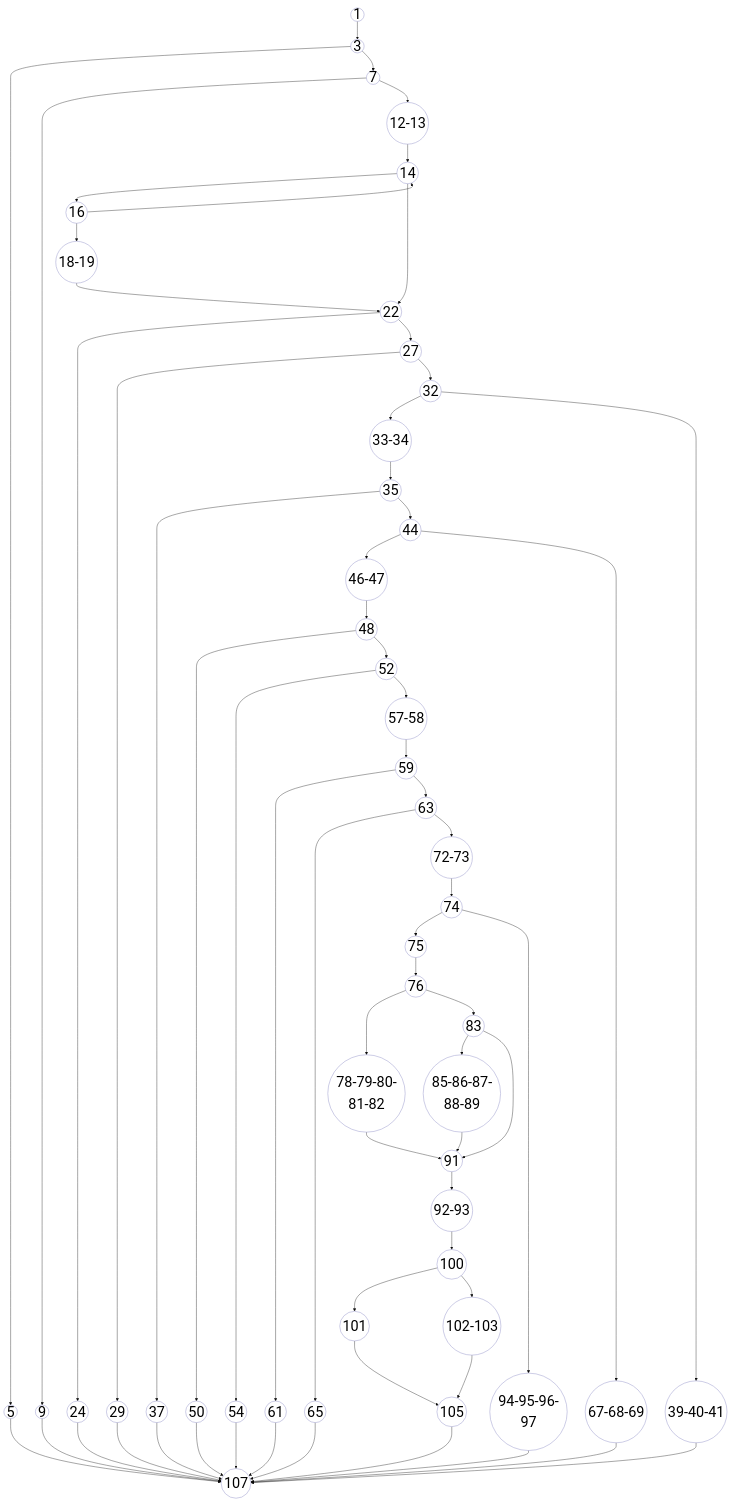
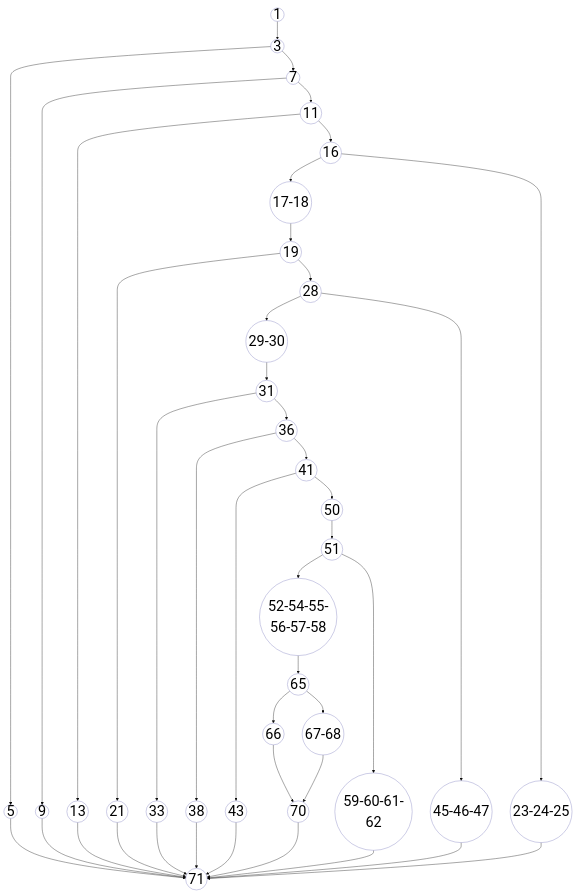
One commit to aryanhrc3428/Semester-5 changed the diagram in SE/ideathon/pseudocode/flowcharts/UC-14.mmd. Above: the diagram before and after it, drawn with Mermaid. The commit also changed 47 other files, not shown here.

```diff
--- a/SE/ideathon/pseudocode/flowcharts/UC-14.mmd
+++ b/SE/ideathon/pseudocode/flowcharts/UC-14.mmd
@@ -1,102 +1,68 @@
 ---
 config:
   theme: base
   themeVariables:
     fontSize: '40px'
 ---
 graph TD
-    %% Base styling matching the reference CFG style
     classDef default fill:none,stroke:#a3a3d1,stroke-width:1.5px,color:#000;
     
     1((1)) --> 3((3))
     
     3 --> 5((5))
     3 --> 7((7))
     
     7 --> 9((9))
-    7 --> 12-13((12-13))
+    7 --> 11((11))
     
-    12-13 --> 14((14))
+    11 --> 13((13))
+    11 --> 16((16))
     
-    14 --> 16((16))
-    14 --> 22((22))
+    16 --> 17-18((17-18))
+    16 --> 23-24-25((23-24-25))
     
-    16 --> 18-19((18-19))
-    16 --> 14
+    17-18 --> 19((19))
     
-    18-19 --> 22
+    19 --> 21((21))
+    19 --> 28((28))
     
-    22 --> 24((24))
-    22 --> 27((27))
+    28 --> 29-30((29-30))
+    28 --> 45-46-47((45-46-47))
     
-    27 --> 29((29))
-    27 --> 32((32))
+    29-30 --> 31((31))
     
-    32 --> 33-34((33-34))
-    32 --> 39-40-41((39-40-41))
+    31 --> 33((33))
+    31 --> 36((36))
     
-    33-34 --> 35((35))
+    36 --> 38((38))
+    36 --> 41((41))
     
-    35 --> 37((37))
-    35 --> 44((44))
+    41 --> 43((43))
+    41 --> 50((50))
     
-    44 --> 46-47((46-47))
-    44 --> 67-68-69((67-68-69))
+    50 --> 51((51))
     
-    46-47 --> 48((48))
+    51 --> 52-54-55-56-57-58((52-54-55-56-57-58))
+    51 --> 59-60-61-62((59-60-61-62))
     
-    48 --> 50((50))
-    48 --> 52((52))
+    52-54-55-56-57-58 --> 65((65))
     
-    52 --> 54((54))
-    52 --> 57-58((57-58))
+    65 --> 66((66))
+    65 --> 67-68((67-68))
     
-    57-58 --> 59((59))
+    66 --> 70((70))
     
-    59 --> 61((61))
-    59 --> 63((63))
+    67-68 --> 70
     
-    63 --> 65((65))
-    63 --> 72-73((72-73))
-    
-    72-73 --> 74((74))
-    
-    74 --> 75((75))
-    74 --> 94-95-96-97((94-95-96-97))
-    
-    75 --> 76((76))
-    
-    76 --> 78-79-80-81-82((78-79-80-81-82))
-    76 --> 83((83))
-    
-    78-79-80-81-82 --> 91((91))
-    
-    83 --> 85-86-87-88-89((85-86-87-88-89))
-    83 --> 91
-    
-    85-86-87-88-89 --> 91
-    
-    91 --> 92-93((92-93))
-    92-93 --> 100((100))
-    
-    100 --> 101((101))
-    100 --> 102-103((102-103))
-    
-    101 --> 105((105))
-    
-    102-103 --> 105
-    
-    %% Terminal error returns and catches syncing to the final end node (107)
-    5 --> 107((107))
-    9 --> 107
-    24 --> 107
-    29 --> 107
-    37 --> 107
-    39-40-41 --> 107
-    50 --> 107
-    54 --> 107
-    61 --> 107
-    65 --> 107
-    67-68-69 --> 107
-    94-95-96-97 --> 107
-    105 --> 107
+    %% Terminal error returns and catches syncing to the final end node (71)
+    5 --> 71((71))
+    9 --> 71
+    13 --> 71
+    21 --> 71
+    23-24-25 --> 71
+    33 --> 71
+    38 --> 71
+    43 --> 71
+    45-46-47 --> 71
+    59-60-61-62 --> 71
+    70 --> 71
```
